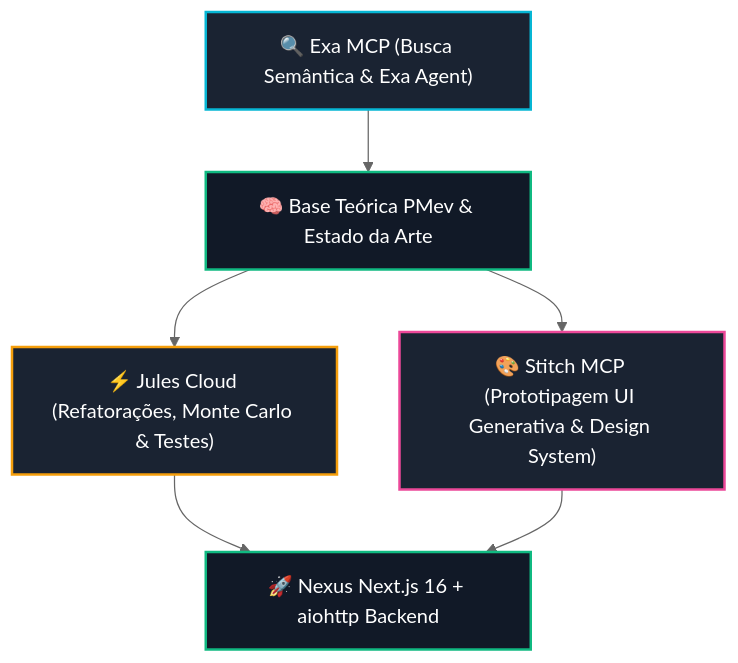
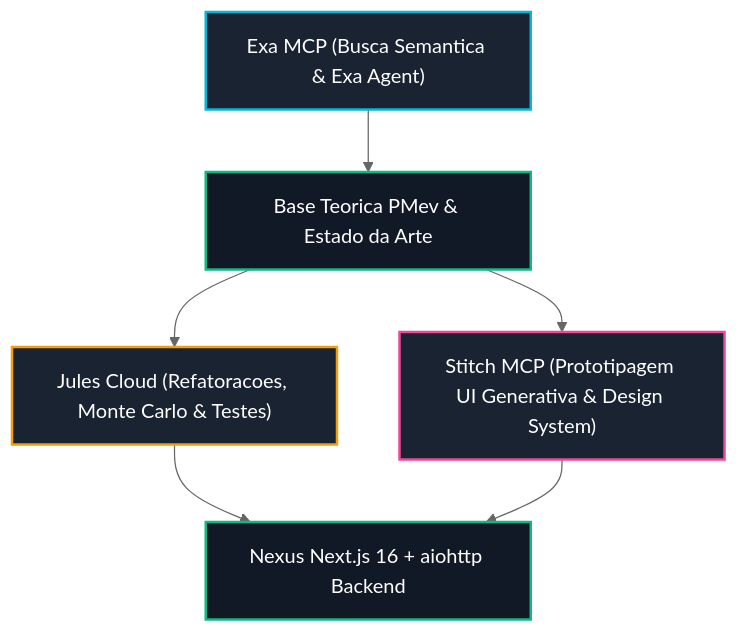
The diagram in reports/integrations/EXA_REPORT.md (RaphaelVitoi/Site), drawn with Mermaid (neutral theme) before and after one commit. The commit also changed other lines of this file and 24 other files, not shown here.

First line of the commit message:
feat(triad): integracao sota da triade stitch, exa e jules

````diff
--- a/reports/integrations/EXA_REPORT.md
+++ b/reports/integrations/EXA_REPORT.md
@@ -54,17 +54,17 @@
 ```mermaid
 flowchart TD
-    Exa["🔍 Exa MCP (Busca Semântica & Exa Agent)"] --> Theory["🧠 Base Teórica PMev & Estado da Arte"]
-    Theory --> Jules["⚡ Jules Cloud (Refatorações, Monte Carlo & Testes)"]
-    Theory --> Stitch["🎨 Stitch MCP (Prototipagem UI Generativa & Design System)"]
-    Jules --> NexusSite["🚀 Nexus Next.js 16 + aiohttp Backend"]
+    Exa[" Exa MCP (Busca Semantica & Exa Agent)"] --> Theory[" Base Teorica PMev & Estado da Arte"]
+    Theory --> Jules[" Jules Cloud (Refatoracoes, Monte Carlo & Testes)"]
+    Theory --> Stitch[" Stitch MCP (Prototipagem UI Generativa & Design System)"]
+    Jules --> NexusSite[" Nexus Next.js 16 + aiohttp Backend"]
     Stitch --> NexusSite
 
     classDef exa fill:#1a2332,stroke:#06b6d4,stroke-width:2px,color:#fff;
     classDef jules fill:#1a2332,stroke:#f59e0b,stroke-width:2px,color:#fff;
     classDef stitch fill:#1a2332,stroke:#ec4899,stroke-width:2px,color:#fff;
     classDef site fill:#111927,stroke:#10b981,stroke-width:2px,color:#fff;
     class Exa exa;
     class Jules jules;
     class Stitch stitch;
     class Theory,NexusSite site;
 ```
````
